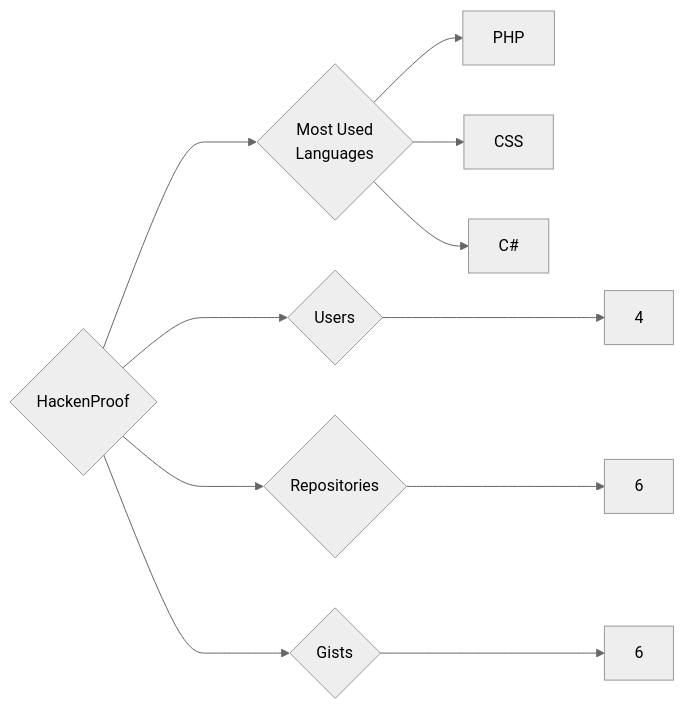
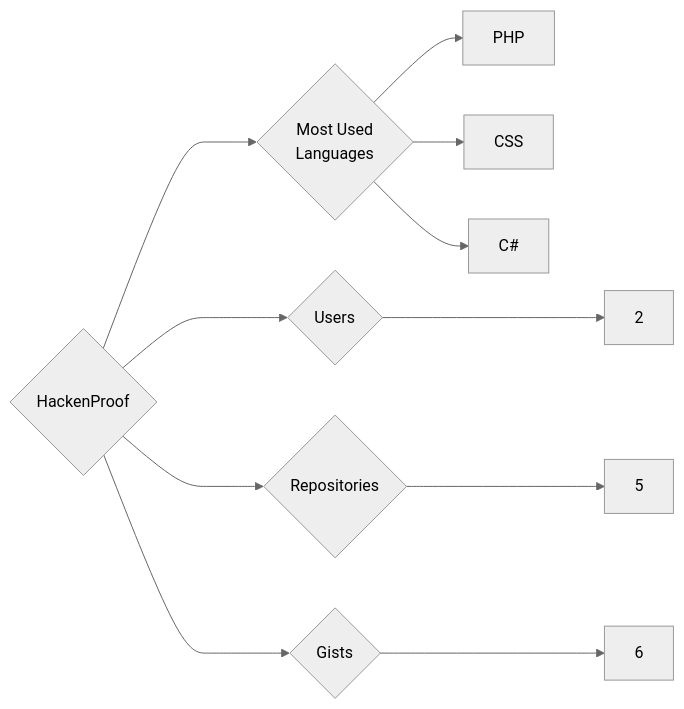
Before and after one commit to trickest/insiders: the diagram in targets/HackenProof/README.md, drawn with Mermaid (neutral theme). The commit also changed 1003 other files, not shown here.

````diff
--- a/targets/HackenProof/README.md
+++ b/targets/HackenProof/README.md
@@ -3,11 +3,11 @@
 ```mermaid
 graph LR
 COMPANY_NAME{HackenProof}
-COMPANY_NAME ---> U{Users} ---> UN[4]
-COMPANY_NAME ---> R{Repositories} ---> RN[6]
+COMPANY_NAME ---> U{Users} ---> UN[2]
+COMPANY_NAME ---> R{Repositories} ---> RN[5]
 COMPANY_NAME ---> G{Gists} ---> GN[6]
 COMPANY_NAME ---> ML{Most Used<br>Languages}
 ML --> PHP[PHP]
 ML --> CSS[CSS]
 ML --> C#[C#]
 ```
````
